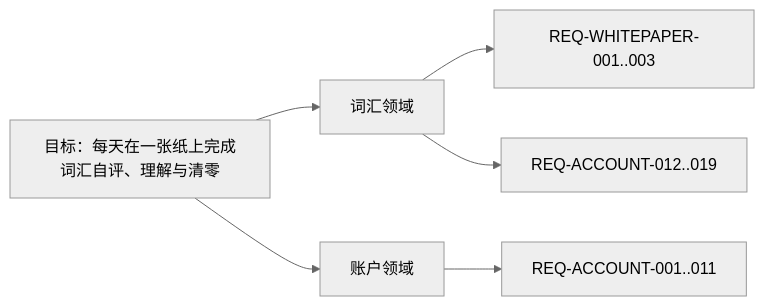
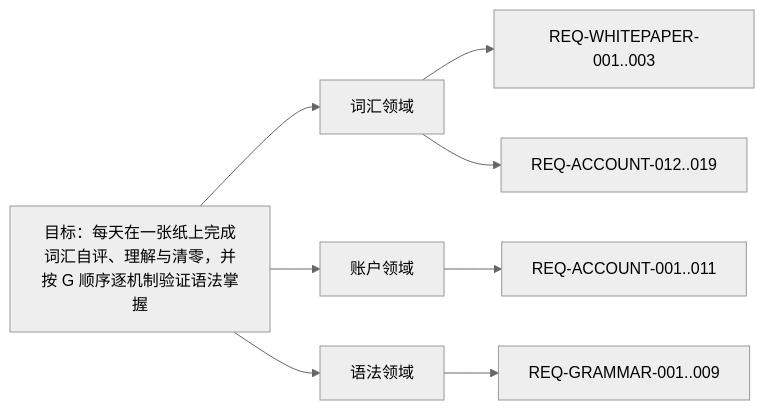
The diagram in docs/GOAL.md (morewhyhan/whitepaper-english), drawn with Mermaid (neutral theme) before and after one commit. The commit also changed other lines of this file and 4 other files, not shown here.

````diff
--- a/docs/GOAL.md
+++ b/docs/GOAL.md
@@ -34,9 +34,11 @@
 ```mermaid
 flowchart LR
-  G["目标：每天在一张纸上完成词汇自评、理解与清零"]
+  G["目标：每天在一张纸上完成词汇自评、理解与清零，并按 G 顺序逐机制验证语法掌握"]
   G --> D1["词汇领域"]
   G --> D2["账户领域"]
+  G --> D3["语法领域"]
   D1 --> R1["REQ-WHITEPAPER-001..003"]
   D1 --> R2["REQ-ACCOUNT-012..019"]
   D2 --> R3["REQ-ACCOUNT-001..011"]
+  D3 --> R4["REQ-GRAMMAR-001..009"]
 ```
````
